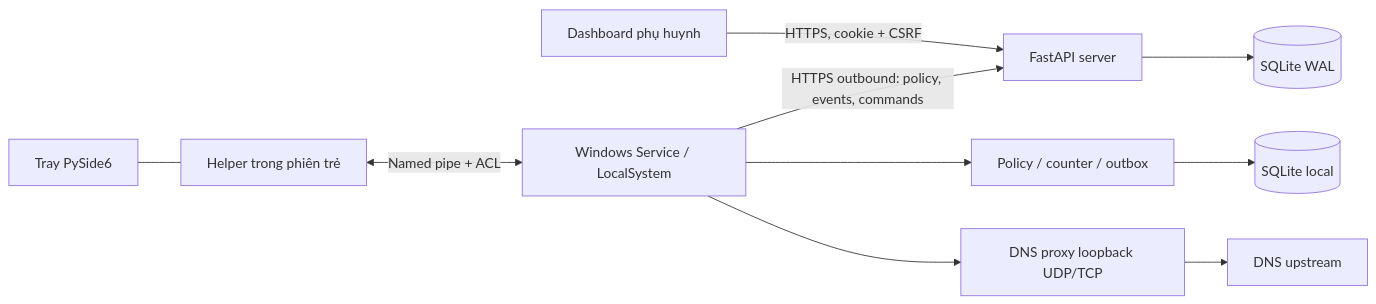
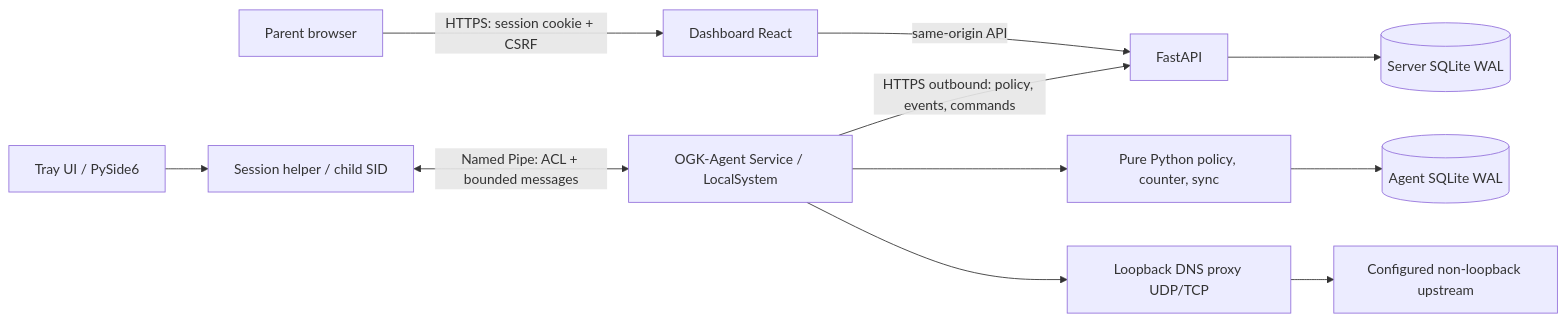
Before and after one commit to khiem2007/ogk: the diagram in docs/ARCHITECTURE.md, drawn with Mermaid. The commit also changed other lines of this file and 25 other files, not shown here.

Commit message:
- Bổ sung SRS với tiêu chí nghiệm thu và truy vết 9 ảnh - Tài liệu hóa ERD và luồng API v1 - Thêm JSON Schema cùng fixture hợp lệ và không hợp lệ - Cập nhật tiến độ A01; ghi nhận TV2/TV3 chưa review

````diff
--- a/docs/ARCHITECTURE.md
+++ b/docs/ARCHITECTURE.md
@@ -5,12 +5,13 @@
 ```mermaid
 flowchart LR
-    Parent[Dashboard phụ huynh] -->|HTTPS, cookie + CSRF| API[FastAPI server]
-    API --> DB[(SQLite WAL)]
-    Service[Windows Service / LocalSystem] -->|HTTPS outbound: policy, events, commands| API
-    Service --> Core[Policy / counter / outbox]
-    Core --> Local[(SQLite local)]
-    Helper[Helper trong phiên trẻ] <-->|Named pipe + ACL| Service
-    Tray[Tray PySide6] --- Helper
-    Service --> DNS[DNS proxy loopback UDP/TCP]
-    DNS --> Upstream[DNS upstream]
+    Parent[Parent browser] -->|HTTPS: session cookie + CSRF| Dashboard[Dashboard React]
+    Dashboard -->|same-origin API| API[FastAPI]
+    API --> ServerDB[(Server SQLite WAL)]
+    Service[OGK-Agent Service / LocalSystem] -->|HTTPS outbound: policy, events, commands| API
+    Service --> Core[Pure Python policy, counter, sync]
+    Core --> LocalDB[(Agent SQLite WAL)]
+    Helper[Session helper / child SID] <-->|Named Pipe: ACL + bounded messages| Service
+    Tray[Tray UI / PySide6] --> Helper
+    Service --> DNS[Loopback DNS proxy UDP/TCP]
+    DNS --> Upstream[Configured non-loopback upstream]
 ```
````
